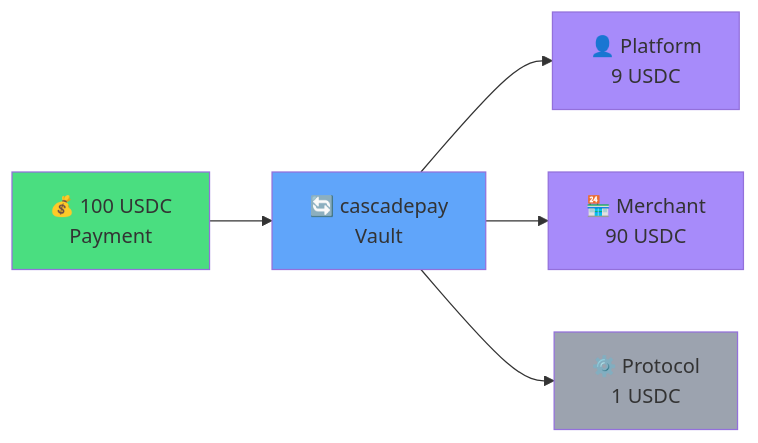
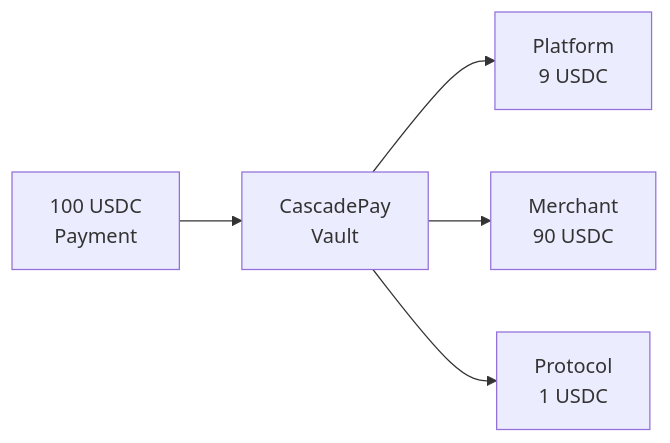
One commit to tenequm/cascadepay changed the diagram in README.md. Above: the diagram before and after it, drawn with Mermaid. The commit also changed 6 other files, not shown here.

````diff
--- a/README.md
+++ b/README.md
@@ -7,13 +7,7 @@
 ```mermaid
 graph LR
-    A[💰 100 USDC<br/>Payment] --> B[🔄 cascadepay<br/>Vault]
-    B --> C[👤 Platform<br/>9 USDC]
-    B --> D[🏪 Merchant<br/>90 USDC]
-    B --> E[⚙️ Protocol<br/>1 USDC]
-
-    style A fill:#4ade80
-    style B fill:#60a5fa
-    style C fill:#a78bfa
-    style D fill:#a78bfa
-    style E fill:#9ca3af
+    A[100 USDC<br/>Payment] --> B[CascadePay<br/>Vault]
+    B --> C[Platform<br/>9 USDC]
+    B --> D[Merchant<br/>90 USDC]
+    B --> E[Protocol<br/>1 USDC]
 ```
````
